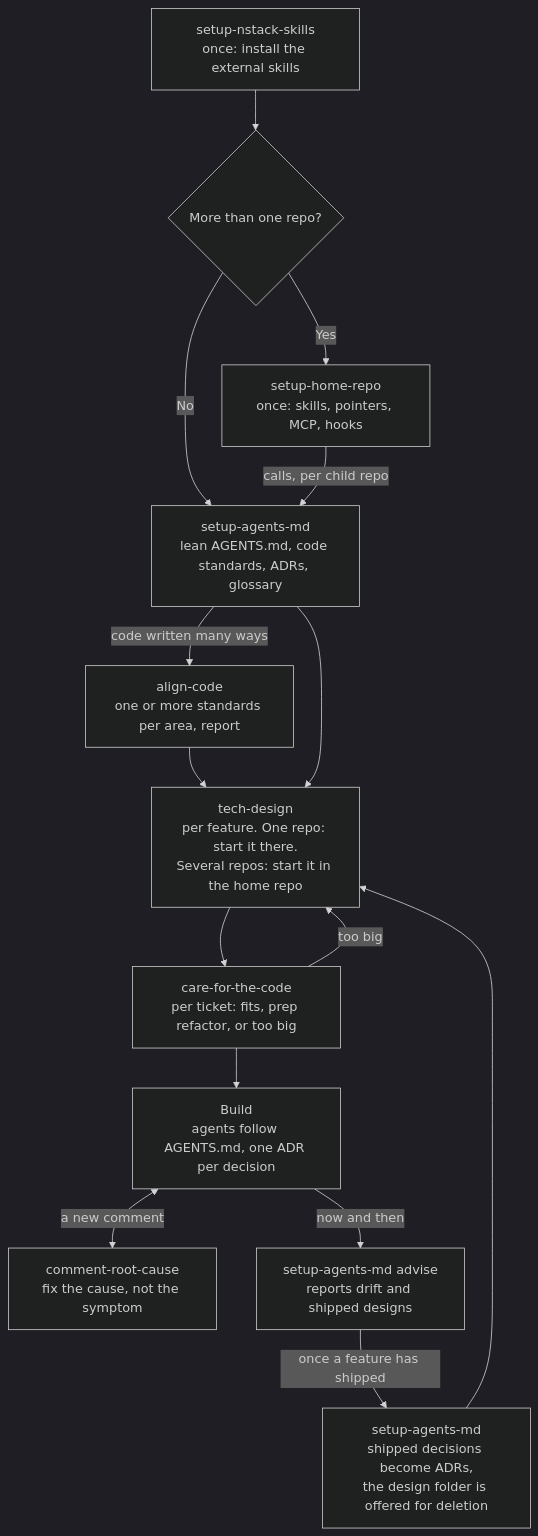
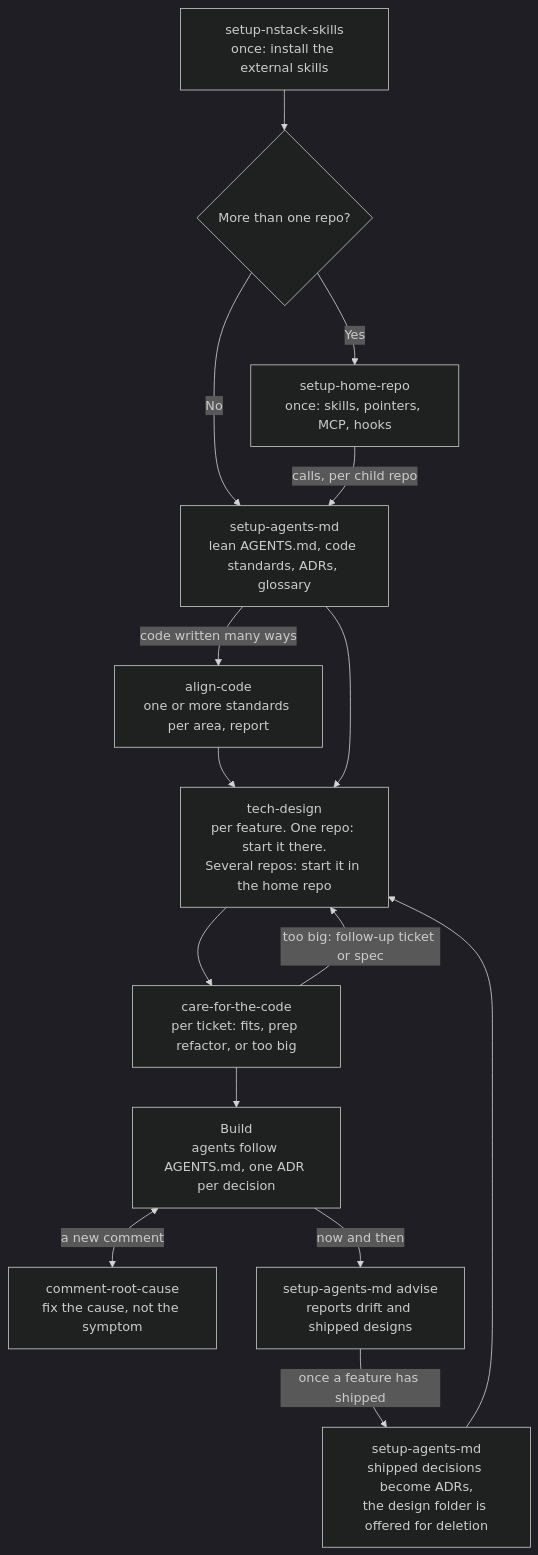
One commit to svennijhuis/nstack changed the diagram in README.md. Above: the diagram before and after it, drawn with Mermaid (dark theme). The commit also changed other lines of this file and 7 other files, not shown here.

First line of the commit message:
care-for-the-code: modes, size cap, tripwires, git stop, route to ticket or spec

````diff
--- a/README.md
+++ b/README.md
@@ -20,17 +20,17 @@
 ```mermaid
 flowchart TD
     A[setup-nstack-skills<br/>once: install the external skills] --> B{More than one repo?}
     B -->|Yes| C[setup-home-repo<br/>once: skills, pointers, MCP, hooks]
     B -->|No| D
     C -->|calls, per child repo| D[setup-agents-md<br/>lean AGENTS.md, code standards, ADRs, glossary]
     D -->|code written many ways| I[align-code<br/>one or more standards per area, report]
     I --> E
     D --> E[tech-design<br/>per feature. One repo: start it there.<br/>Several repos: start it in the home repo]
     E --> T[care-for-the-code<br/>per ticket: fits, prep refactor, or too big]
-    T -->|too big| E
+    T -->|too big: follow-up ticket or spec| E
     T --> F[Build<br/>agents follow AGENTS.md, one ADR per decision]
     F <-->|a new comment| R[comment-root-cause<br/>fix the cause, not the symptom]
     F -->|now and then| G[setup-agents-md advise<br/>reports drift and shipped designs]
     G -->|once a feature has shipped| H[setup-agents-md<br/>shipped decisions become ADRs,<br/>the design folder is offered for deletion]
     H --> E
 ```
````
